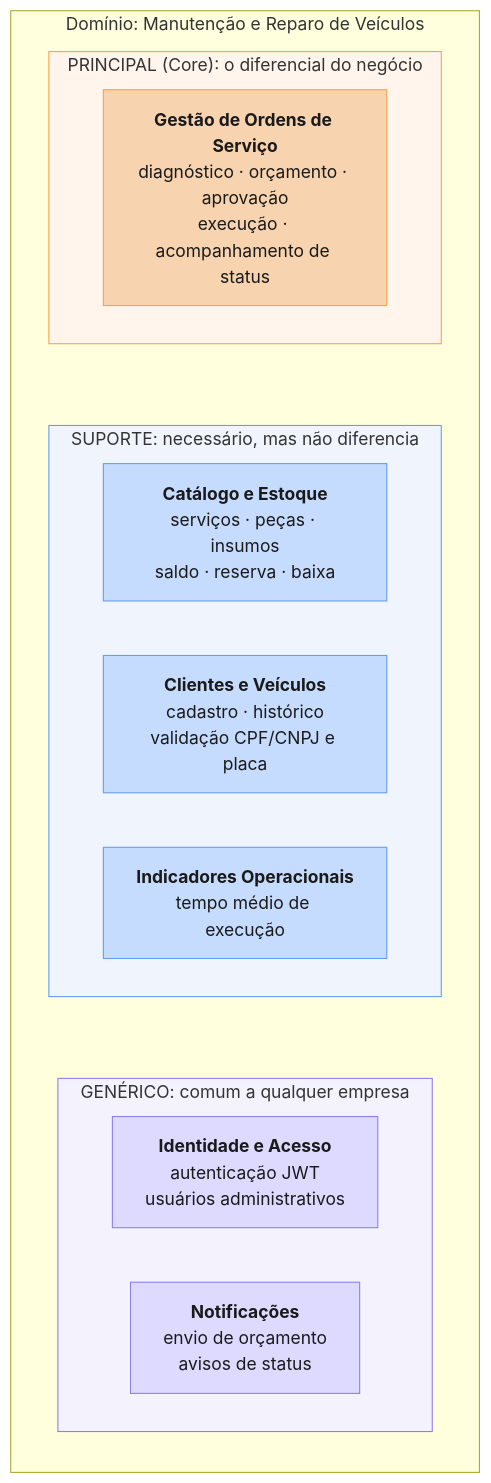
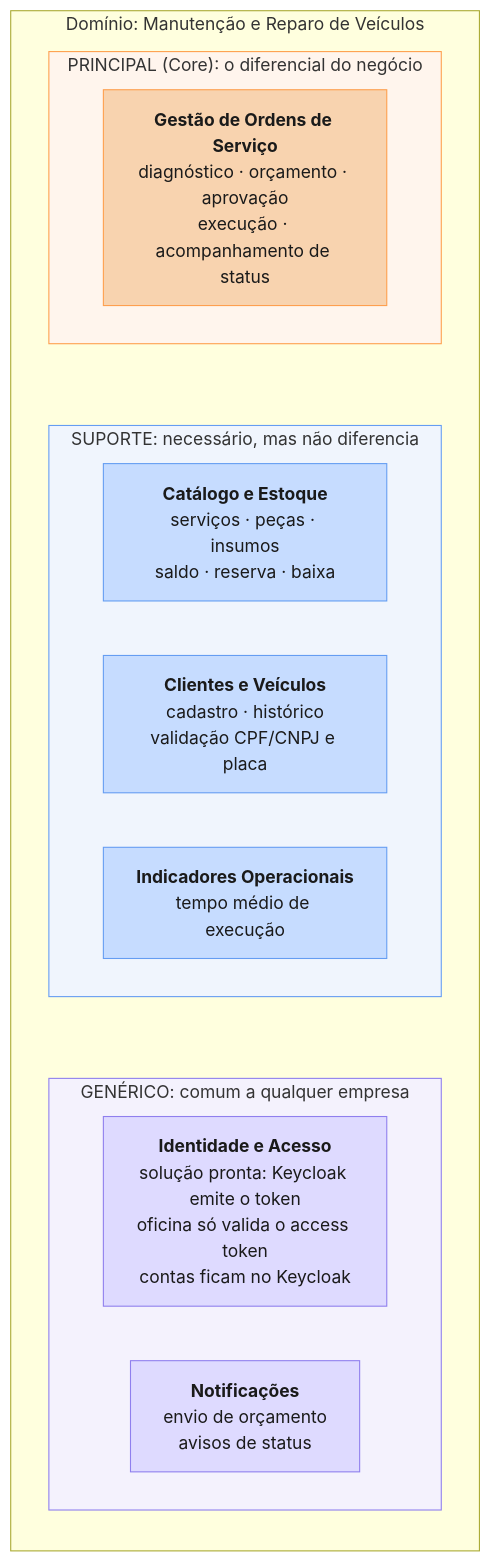
The first of 2 diagrams in docs/diagramas/ddd-subdominios.md (bernacamargo/tech-challenge-18soat), drawn with Mermaid before and after one commit. The commit also changed other lines of this file and 7 other files, not shown here.

````diff
--- a/docs/diagramas/ddd-subdominios.md
+++ b/docs/diagramas/ddd-subdominios.md
@@ -7,35 +7,35 @@
 ```mermaid
 flowchart TB
     subgraph DOM["Domínio: Manutenção e Reparo de Veículos"]
         direction TB
 
         subgraph CORE["PRINCIPAL (Core): o diferencial do negócio"]
             OS["<b>Gestão de Ordens de Serviço</b><br/>diagnóstico · orçamento · aprovação<br/>execução · acompanhamento de status"]
         end
 
         subgraph SUP["SUPORTE: necessário, mas não diferencia"]
             direction LR
             EST["<b>Catálogo e Estoque</b><br/>serviços · peças · insumos<br/>saldo · reserva · baixa"]
             CLI["<b>Clientes e Veículos</b><br/>cadastro · histórico<br/>validação CPF/CNPJ e placa"]
             IND["<b>Indicadores Operacionais</b><br/>tempo médio de execução"]
         end
 
         subgraph GEN["GENÉRICO: comum a qualquer empresa"]
             direction LR
-            IAM["<b>Identidade e Acesso</b><br/>autenticação JWT<br/>usuários administrativos"]
+            IAM["<b>Identidade e Acesso</b><br/>solução pronta: Keycloak emite o token<br/>oficina só valida o access token<br/>contas ficam no Keycloak"]
             NOT["<b>Notificações</b><br/>envio de orçamento<br/>avisos de status"]
         end
 
         CORE ~~~ SUP ~~~ GEN
     end
 
     classDef core fill:#f8d3af,stroke:#fe9f4d,color:#1a1a1a
     classDef sup fill:#c6dcff,stroke:#659df2,color:#1a1a1a
     classDef gen fill:#dedaff,stroke:#8f7fee,color:#1a1a1a
     class OS core
     class EST,CLI,IND sup
     class IAM,NOT gen
     style CORE fill:#fff5ed,stroke:#fe9f4d
     style SUP fill:#f0f5fd,stroke:#659df2
     style GEN fill:#f4f2fd,stroke:#8f7fee
 ```
````
